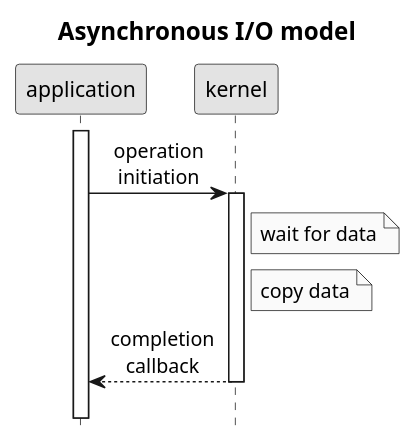
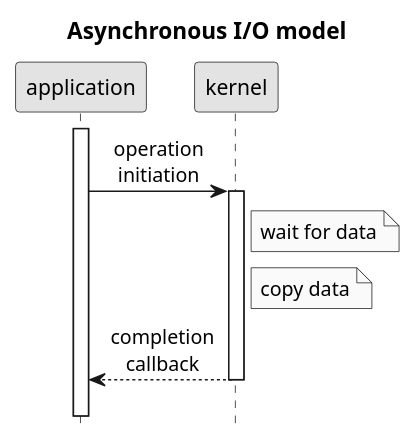
Before and after one commit to c0p4c4b4n4/demo-sockets-io-nio-nio2: the diagram in .images/asynchronous IO model.puml, drawn with PlantUML. The commit also changed 8 other files, not shown here.

```diff
--- a/.images/asynchronous IO model.puml
+++ b/.images/asynchronous IO model.puml
@@ -1,16 +1,17 @@
 @startuml
 title Asynchronous I/O model
 hide footbox
 skinparam monochrome true
-skinparam defaultFontName Arial
-skinparam titleFontSize 16
+skinparam defaultFontName Microsoft Sans Serif
+skinparam titleFontSize 15
+
 skinparam sequenceMessageAlign center
 activate application
 application->kernel: operation\ninitiation
 activate kernel
 Note right of kernel: wait for data
 Note right of kernel: copy data
 kernel-->application: completion\ncallback
 deactivate kernel
 ||15||
 @enduml
```
